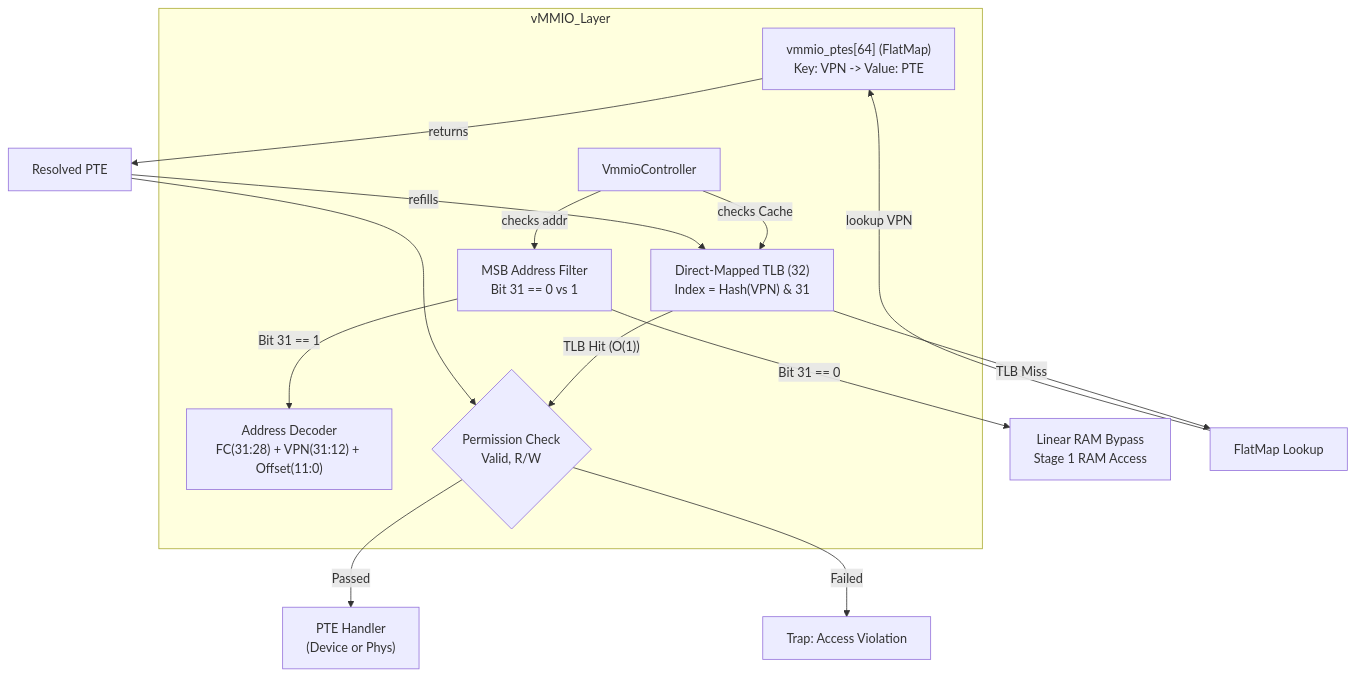
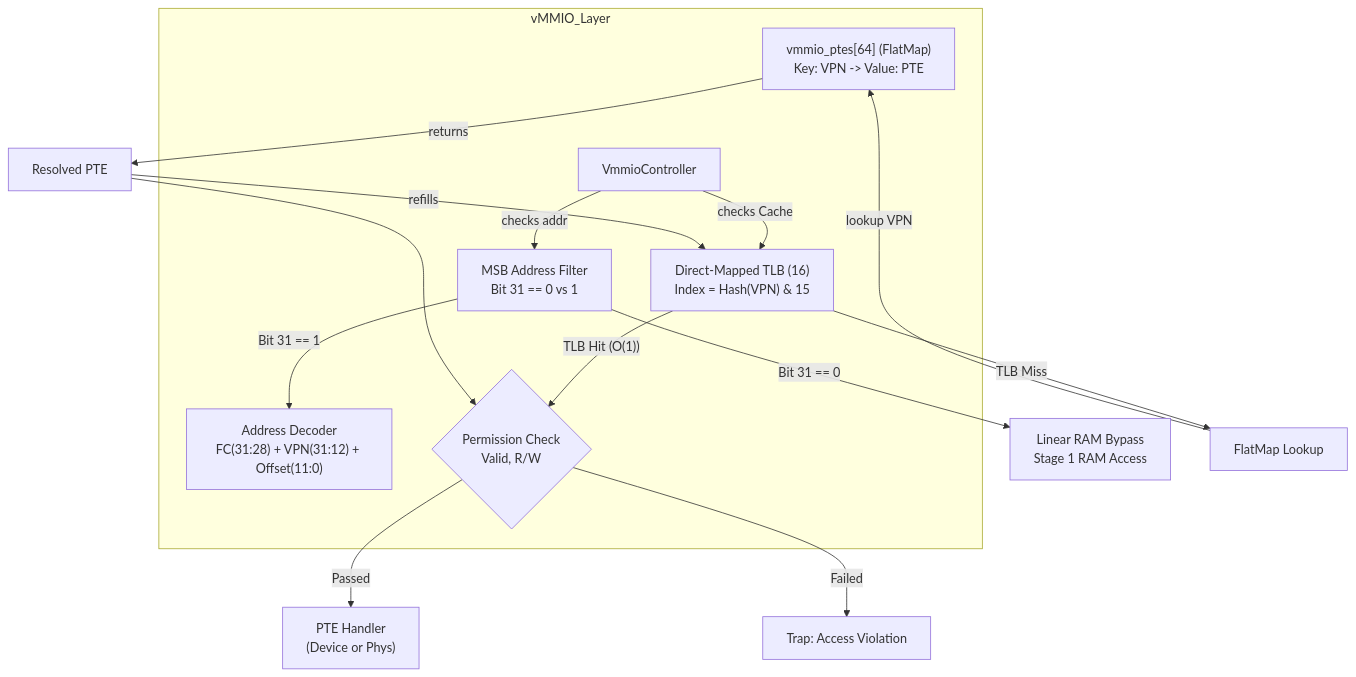
Before and after one commit to kmt-t/fireball: the first of 6 diagrams in docs/components/tier2_runtime/runtime_vmmio.md, drawn with Mermaid. The commit also changed other lines of this file and 18 other files, not shown here.

````diff
--- a/docs/components/tier2_runtime/runtime_vmmio.md
+++ b/docs/components/tier2_runtime/runtime_vmmio.md
@@ -62,24 +62,24 @@
 ```mermaid
 graph TD
     subgraph vMMIO_Layer
         Filter["MSB Address Filter<br/>Bit 31 == 0 vs 1"]
         Decoder["Address Decoder<br/>FC(31:28) + VPN(31:12) + Offset(11:0)"]
         FlatMap["vmmio_ptes[64] (FlatMap)<br/>Key: VPN -> Value: PTE"]
-        TLB["Direct-Mapped TLB (32)<br/>Index = Hash(VPN) & 31"]
+        TLB["Direct-Mapped TLB (16)<br/>Index = Hash(VPN) & 15"]
         Controller["VmmioController"]
         PermGate{"Permission Check<br/>Valid, R/W"}
     end
 
     Controller -- checks addr --> Filter
     Filter -- Bit 31 == 0 --> Bypass["Linear RAM Bypass<br/>Stage 1 RAM Access"]
     Filter -- Bit 31 == 1 --> Decoder
     Controller -- checks Cache --> TLB
     TLB -- TLB Hit (O(1)) --> PermGate
     TLB -- TLB Miss --> Walk[FlatMap Lookup]
     Walk -- lookup VPN --> FlatMap
     FlatMap -- returns --> WalkResult[Resolved PTE]
     WalkResult -- refills --> TLB
     WalkResult --> PermGate
     PermGate -- "Passed" --> Handler["PTE Handler<br/>(Device or Phys)"]
     PermGate -- "Failed" --> Trap["Trap: Access Violation"]
 ```
````
